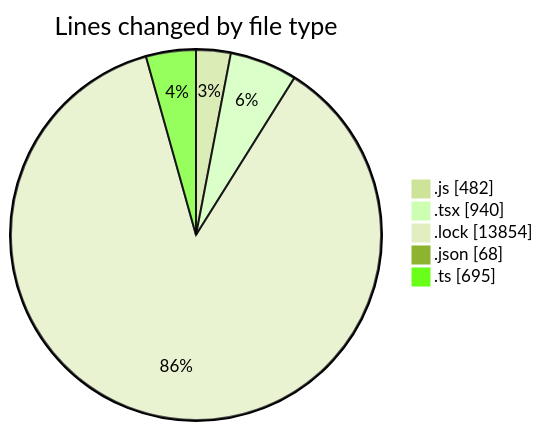
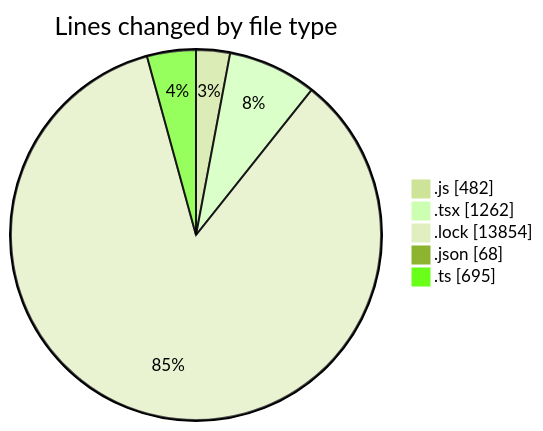
The first of 2 diagrams in 2026-06-16/cda/README.md (momahboobian/code-tracking), drawn with Mermaid (forest theme) before and after one commit. The commit also changed other lines of this file and 1 other file, not shown here.

````diff
--- a/2026-06-16/cda/README.md
+++ b/2026-06-16/cda/README.md
@@ -32,9 +33,9 @@
 ```mermaid
 pie showData
 title Lines changed by file type
 ".js" : 482
-".tsx" : 940
+".tsx" : 1262
 ".lock" : 13854
 ".json" : 68
 ".ts" : 695
 ```
````
